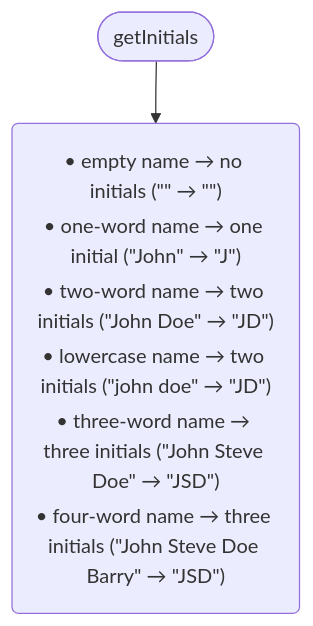
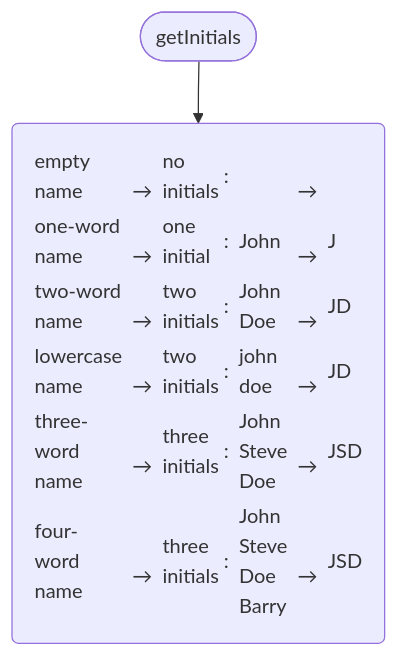
One commit to arnaudrenaud/speccharts changed the third of 3 diagrams in README.md. Above: the diagram before and after it, drawn with Mermaid. The commit also changed other lines of this file and 3 other files, not shown here.

Commit message:
Update table example, charts

````diff
--- a/README.md
+++ b/README.md
@@ -228,6 +228,6 @@
 ```mermaid
 flowchart TD
 N0(["getInitials"])
-N1("<table><tr><td>• empty name → no initials (&quot&quot → &quot&quot)</td></tr><tr><td>• one-word name → one initial (&quotJohn&quot → &quotJ&quot)</td></tr><tr><td>• two-word name → two initials (&quotJohn Doe&quot → &quotJD&quot)</td></tr><tr><td>• lowercase name → two initials (&quotjohn doe&quot → &quotJD&quot)</td></tr><tr><td>• three-word name → three initials (&quotJohn Steve Doe&quot → &quotJSD&quot)</td></tr><tr><td>• four-word name → three initials (&quotJohn Steve Doe Barry&quot → &quotJSD&quot)</td></tr></table>")
+N1("<table style='text-align: left;'><tr><td>empty name</td><td> → </td><td>no initials</td><td>: </td><td></td><td> → </td><td></td></tr><tr><td>one-word name</td><td> → </td><td>one initial</td><td>: </td><td>John</td><td> → </td><td>J</td></tr><tr><td>two-word name</td><td> → </td><td>two initials</td><td>: </td><td>John Doe</td><td> → </td><td>JD</td></tr><tr><td>lowercase name</td><td> → </td><td>two initials</td><td>: </td><td>john doe</td><td> → </td><td>JD</td></tr><tr><td>three-word name</td><td> → </td><td>three initials</td><td>: </td><td>John Steve Doe</td><td> → </td><td>JSD</td></tr><tr><td>four-word name</td><td> → </td><td>three initials</td><td>: </td><td>John Steve Doe Barry</td><td> → </td><td>JSD</td></tr></table>")
 N0 --> N1
 ```
````
